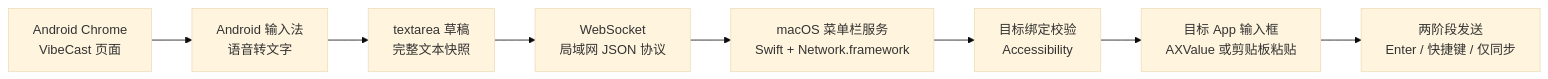
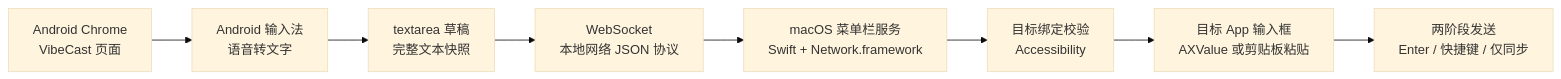
Before and after one commit to Pls-1q43/VibeCast: the diagram in README.md, drawn with Mermaid (base theme). The commit also changed other lines of this file and 65 other files, not shown here.

````diff
--- a/README.md
+++ b/README.md
@@ -23,10 +40,10 @@
 ```mermaid
 flowchart LR
   A["Android Chrome<br/>VibeCast 页面"] --> B["Android 输入法<br/>语音转文字"]
   B --> C["textarea 草稿<br/>完整文本快照"]
-  C --> D["WebSocket<br/>局域网 JSON 协议"]
+  C --> D["WebSocket<br/>本地网络 JSON 协议"]
   D --> E["macOS 菜单栏服务<br/>Swift + Network.framework"]
   E --> F["目标绑定校验<br/>Accessibility"]
   F --> G["目标 App 输入框<br/>AXValue 或剪贴板粘贴"]
   G --> H["两阶段发送<br/>Enter / 快捷键 / 仅同步"]
 ```
````
